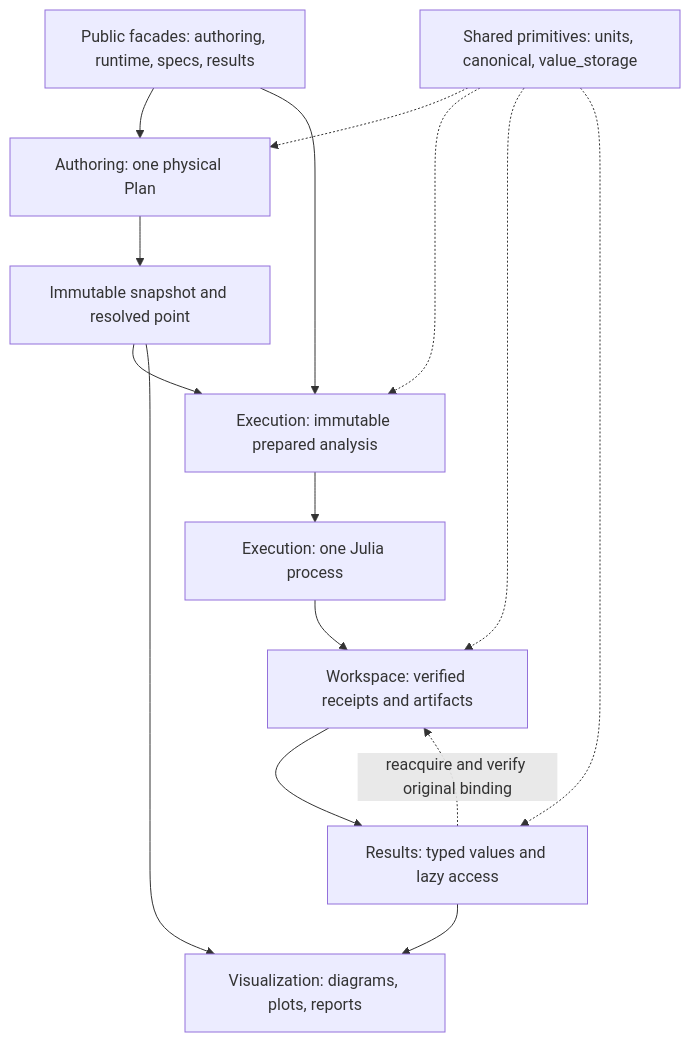
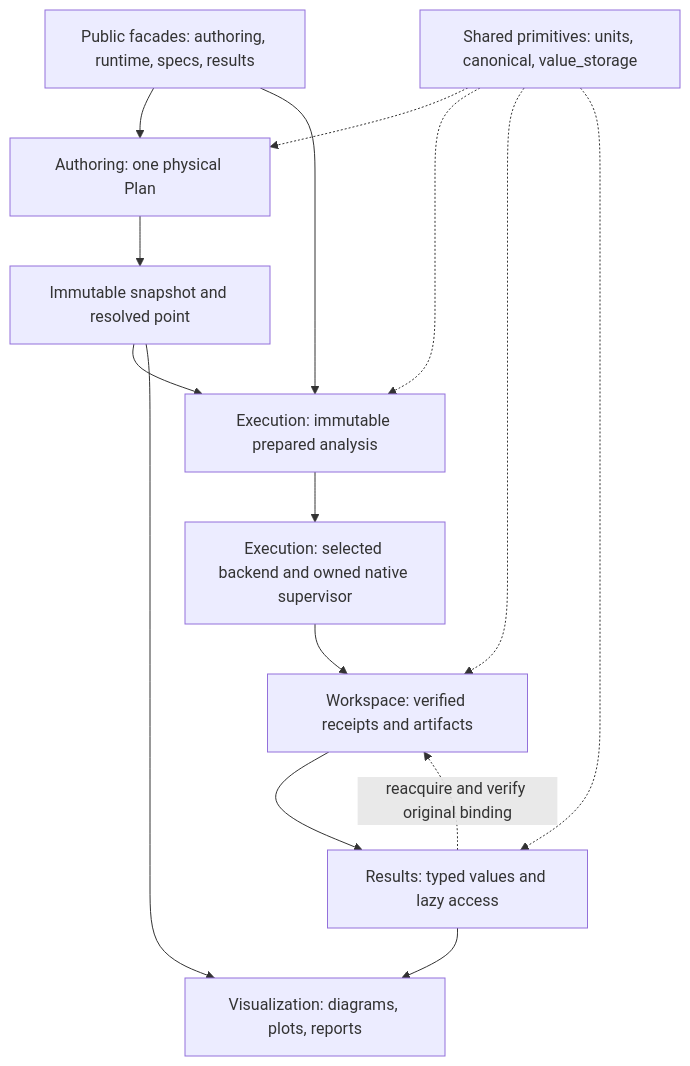
The diagram in docs/implementation/system-architecture.qmd (OrPenStrike/scnsim), drawn with Mermaid before and after one commit. The commit also changed other lines of this file and 107 other files, not shown here.

````diff
--- a/docs/implementation/system-architecture.qmd
+++ b/docs/implementation/system-architecture.qmd
@@ -98,26 +114,26 @@
 ```{mermaid}
 flowchart TD
     Public["Public facades: authoring, runtime, specs, results"]
     Plan["Authoring: one physical Plan"]
     Snapshot["Immutable snapshot and resolved point"]
     Prepared["Execution: immutable prepared analysis"]
-    Process["Execution: one Julia process"]
+    Process["Execution: selected backend and owned native supervisor"]
     Evidence["Workspace: verified receipts and artifacts"]
     Results["Results: typed values and lazy access"]
     Visual["Visualization: diagrams, plots, reports"]
     Shared["Shared primitives: units, canonical, value_storage"]
     Public --> Plan
     Public --> Prepared
     Plan --> Snapshot
     Snapshot --> Prepared
     Prepared --> Process
     Process --> Evidence
     Evidence --> Results
     Results -. "reacquire and verify original binding" .-> Evidence
     Results --> Visual
     Snapshot --> Visual
     Shared -.-> Plan
     Shared -.-> Prepared
     Shared -.-> Evidence
     Shared -.-> Results
 ```
````
